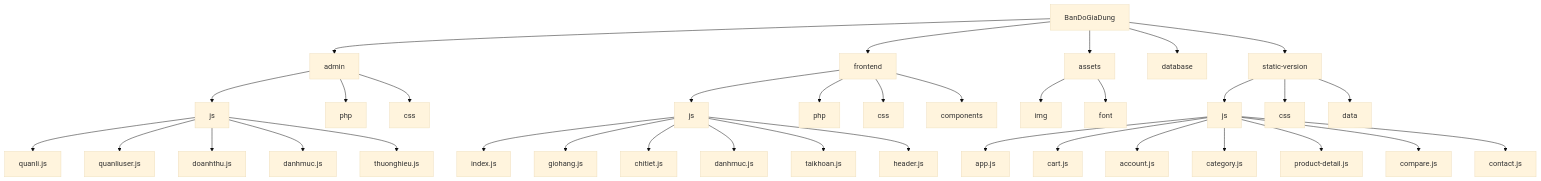
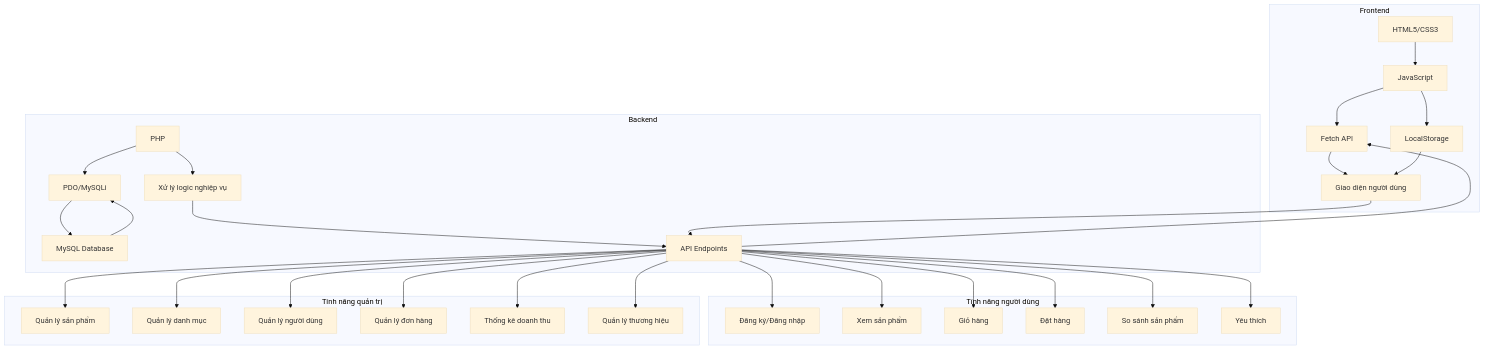
The diagram in README.md (BoonnyThien/BanDoGiaDung), drawn with Mermaid (base theme) before and after one commit. The commit also changed other lines of this file, not shown here.

````diff
--- a/README.md
+++ b/README.md
@@ -43,45 +24,54 @@
 ```mermaid
 graph TD
-    A[BanDoGiaDung] --> B[admin]
-    A --> C[frontend]
-    A --> D[assets]
-    A --> E[database]
-    A --> F[static-version]
+    subgraph "Frontend"
+        A1[HTML5/CSS3] --> A2[JavaScript]
+        A2 --> A3[Fetch API]
+        A2 --> A4[LocalStorage]
+        A3 --> A5[Giao diện người dùng]
+        A4 --> A5
+    end
     
-    B --> B1[js]
-    B --> B2[php]
-    B --> B3[css]
+    subgraph "Backend"
+        B1[PHP] --> B2[PDO/MySQLi]
+        B2 --> B3[MySQL Database]
+        B1 --> B4[Xử lý logic nghiệp vụ]
+        B4 --> B5[API Endpoints]
+    end
     
-    C --> C1[js]
-    C --> C2[php]
-    C --> C3[css]
-    C --> C4[components]
+    subgraph "Tính năng người dùng"
+        C1[Đăng ký/Đăng nhập]
+        C2[Xem sản phẩm]
+        C3[Giỏ hàng]
+        C4[Đặt hàng]
+        C5[So sánh sản phẩm]
+        C6[Yêu thích]
+    end
     
-    D --> D1[img]
-    D --> D2[font]
+    subgraph "Tính năng quản trị"
+        D1[Quản lý sản phẩm]
+        D2[Quản lý danh mục]
+        D3[Quản lý người dùng]
+        D4[Quản lý đơn hàng]
+        D5[Thống kê doanh thu]
+        D6[Quản lý thương hiệu]
+    end
     
-    F --> F1[js]
-    F --> F2[css]
-    F --> F3[data]
+    A5 --> B5
+    B5 --> A3
     
-    B1 --> B1a[quanli.js]
-    B1 --> B1b[quanliuser.js]
-    B1 --> B1c[doanhthu.js]
-    B1 --> B1d[danhmuc.js]
-    B1 --> B1e[thuonghieu.js]
+    B5 --> C1
+    B5 --> C2
+    B5 --> C3
+    B5 --> C4
+    B5 --> C5
+    B5 --> C6
     
-    C1 --> C1a[index.js]
-    C1 --> C1b[giohang.js]
-    C1 --> C1c[chitiet.js]
-    C1 --> C1d[danhmuc.js]
-    C1 --> C1e[taikhoan.js]
-    C1 --> C1f[header.js]
+    B5 --> D1
+    B5 --> D2
+    B5 --> D3
+    B5 --> D4
+    B5 --> D5
+    B5 --> D6
     
-    F1 --> F1a[app.js]
-    F1 --> F1b[cart.js]
-    F1 --> F1c[account.js]
-    F1 --> F1d[category.js]
-    F1 --> F1e[product-detail.js]
-    F1 --> F1f[compare.js]
-    F1 --> F1g[contact.js]
+    B3 --> B2
 ```
````
